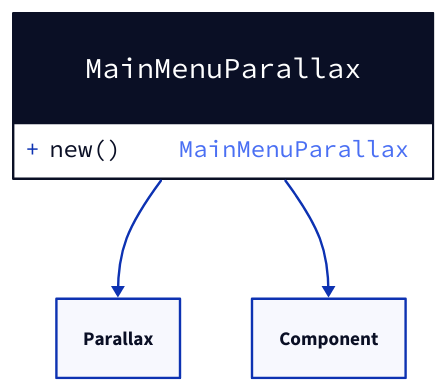
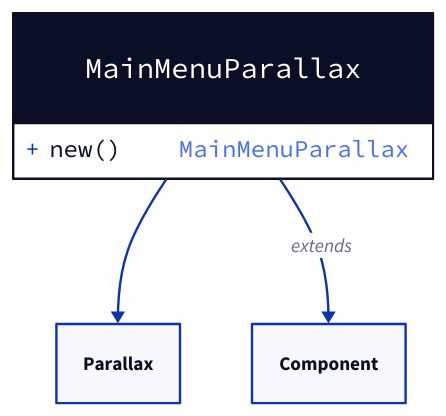
The diagram in docs/main-menu-parallax.d2 (valcriss/gamingcampus-m1-lua-battletank), drawn with D2 before and after one commit. The commit also changed 64 other files, not shown here.

```diff
--- a/docs/main-menu-parallax.d2
+++ b/docs/main-menu-parallax.d2
@@ -1,7 +1,7 @@
 MainMenuParallax: {
   shape: class
 
   +new(): MainMenuParallax
 }
 MainMenuParallax -> Parallax
-MainMenuParallax -> Component
+MainMenuParallax -> Component: extends
```
